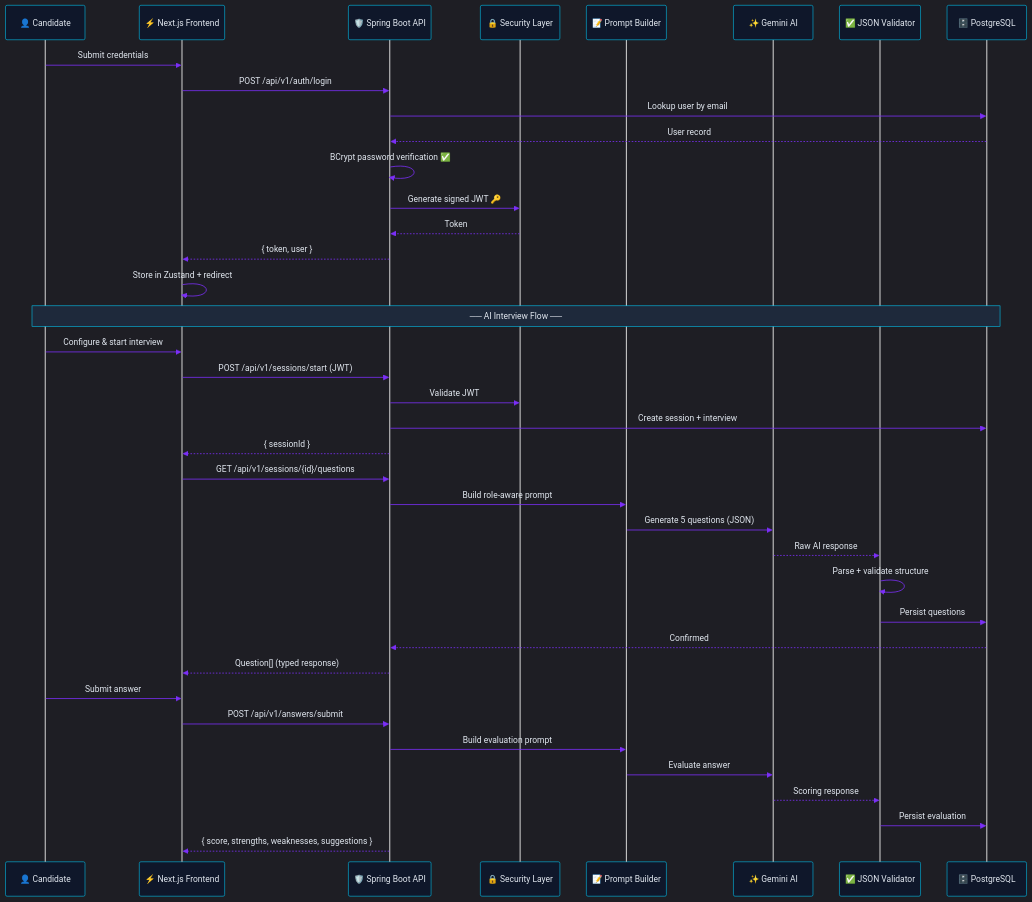
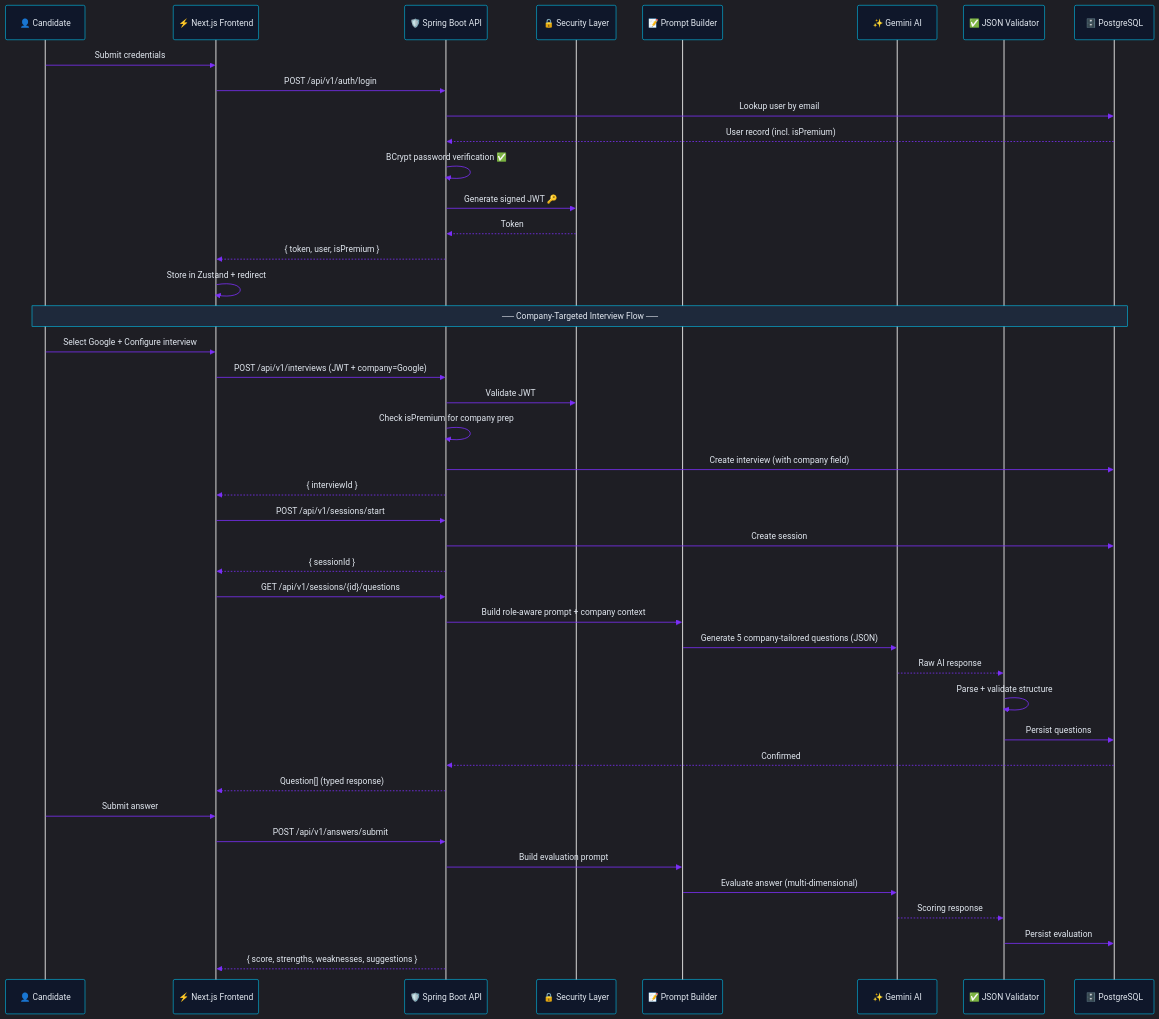
One commit to Jawahar08/interviewforge-ai changed the eighth of 12 diagrams in README.md. Above: the diagram before and after it, drawn with Mermaid. The commit also changed other lines of this file, not shown here.

Commit message:
docs: complete README overhaul with premium features, AI pipeline diagrams, ER diagram, CI/CD pipeline, and enhanced architecture

````diff
--- a/README.md
+++ b/README.md
@@ -395,48 +624,53 @@
 ```mermaid
-%%{init: {'theme': 'dark', 'themeVariables': { 'actorBkg': '#0f172a', 'actorBorder': '#00d2ff', 'actorTextColor': '#e2e8f0', 'signalColor': '#7b2ff7', 'signalTextColor': '#e2e8f0', 'labelBoxBkgColor': '#0f172a', 'labelBoxBorderColor': '#00d2ff', 'labelTextColor': '#e2e8f0', 'noteBkgColor': '#1e293b', 'noteTextColor': '#e2e8f0', 'noteBorderColor': '#00d2ff', 'fontFamily': 'JetBrains Mono, monospace'}}}%%
+%%{init: {'theme': 'dark', 'themeVariables': { 'actorBkg': '#0f172a', 'actorBorder': '#00d2ff', 'actorTextColor': '#e2e8f0', 'signalColor': '#7b2ff7', 'signalTextColor': '#e2e8f0', 'noteBkgColor': '#1e293b', 'noteTextColor': '#e2e8f0', 'noteBorderColor': '#00d2ff', 'fontFamily': 'JetBrains Mono, monospace'}}}%%
 
 sequenceDiagram
     participant C as 👤 Candidate
     participant F as ⚡ Next.js Frontend
     participant A as 🛡️ Spring Boot API
     participant S as 🔒 Security Layer
     participant P as 📝 Prompt Builder
     participant G as ✨ Gemini AI
     participant V as ✅ JSON Validator
     participant D as 🗄️ PostgreSQL
 
     C->>F: Submit credentials
     F->>A: POST /api/v1/auth/login
     A->>D: Lookup user by email
-    D-->>A: User record
+    D-->>A: User record (incl. isPremium)
     A->>A: BCrypt password verification ✅
     A->>S: Generate signed JWT 🔑
     S-->>A: Token
-    A-->>F: { token, user }
+    A-->>F: { token, user, isPremium }
     F->>F: Store in Zustand + redirect
 
-    Note over C,D: ── AI Interview Flow ──
+    Note over C,D: ── Company-Targeted Interview Flow ──
 
-    C->>F: Configure & start interview
-    F->>A: POST /api/v1/sessions/start (JWT)
+    C->>F: Select Google + Configure interview
+    F->>A: POST /api/v1/interviews (JWT + company=Google)
     A->>S: Validate JWT
-    A->>D: Create session + interview
+    A->>A: Check isPremium for company prep
+    A->>D: Create interview (with company field)
+    A-->>F: { interviewId }
+
+    F->>A: POST /api/v1/sessions/start
+    A->>D: Create session
     A-->>F: { sessionId }
 
     F->>A: GET /api/v1/sessions/{id}/questions
-    A->>P: Build role-aware prompt
-    P->>G: Generate 5 questions (JSON)
+    A->>P: Build role-aware prompt + company context
+    P->>G: Generate 5 company-tailored questions (JSON)
     G-->>V: Raw AI response
     V->>V: Parse + validate structure
     V->>D: Persist questions
     D-->>A: Confirmed
     A-->>F: Question[] (typed response)
 
     C->>F: Submit answer
     F->>A: POST /api/v1/answers/submit
     A->>P: Build evaluation prompt
-    P->>G: Evaluate answer
+    P->>G: Evaluate answer (multi-dimensional)
     G-->>V: Scoring response
     V->>D: Persist evaluation
     A-->>F: { score, strengths, weaknesses, suggestions }
 ```
````
